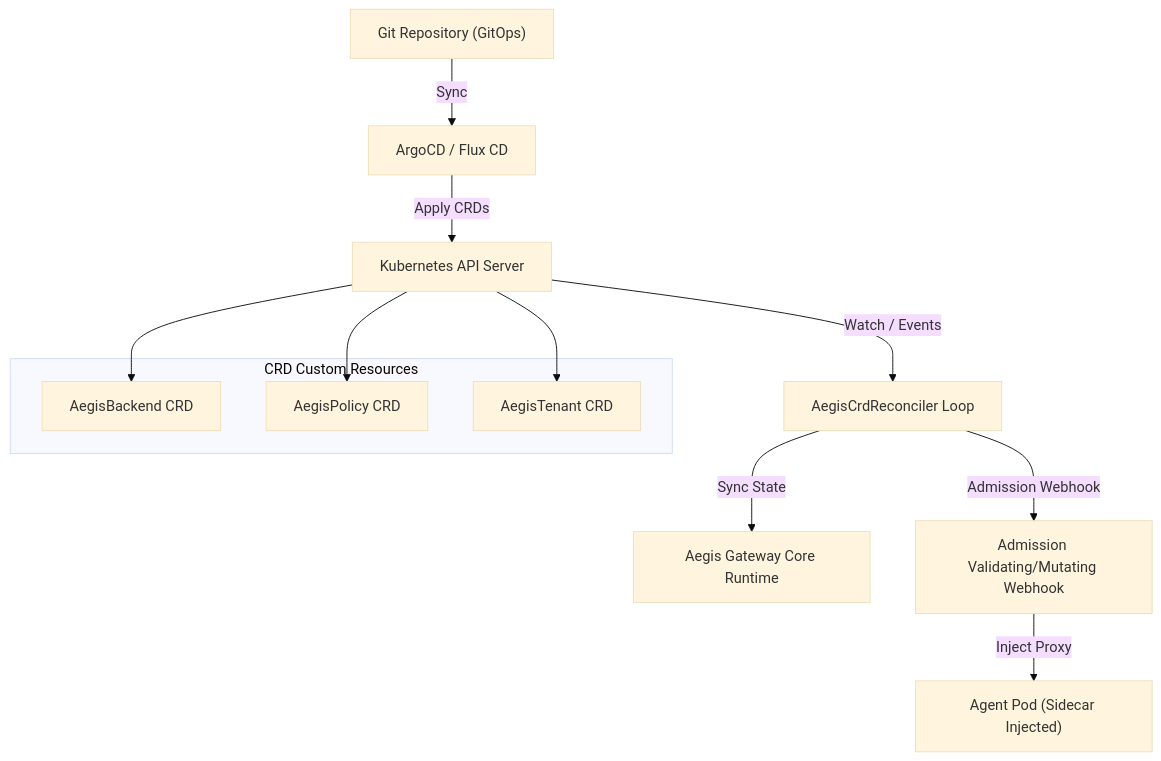
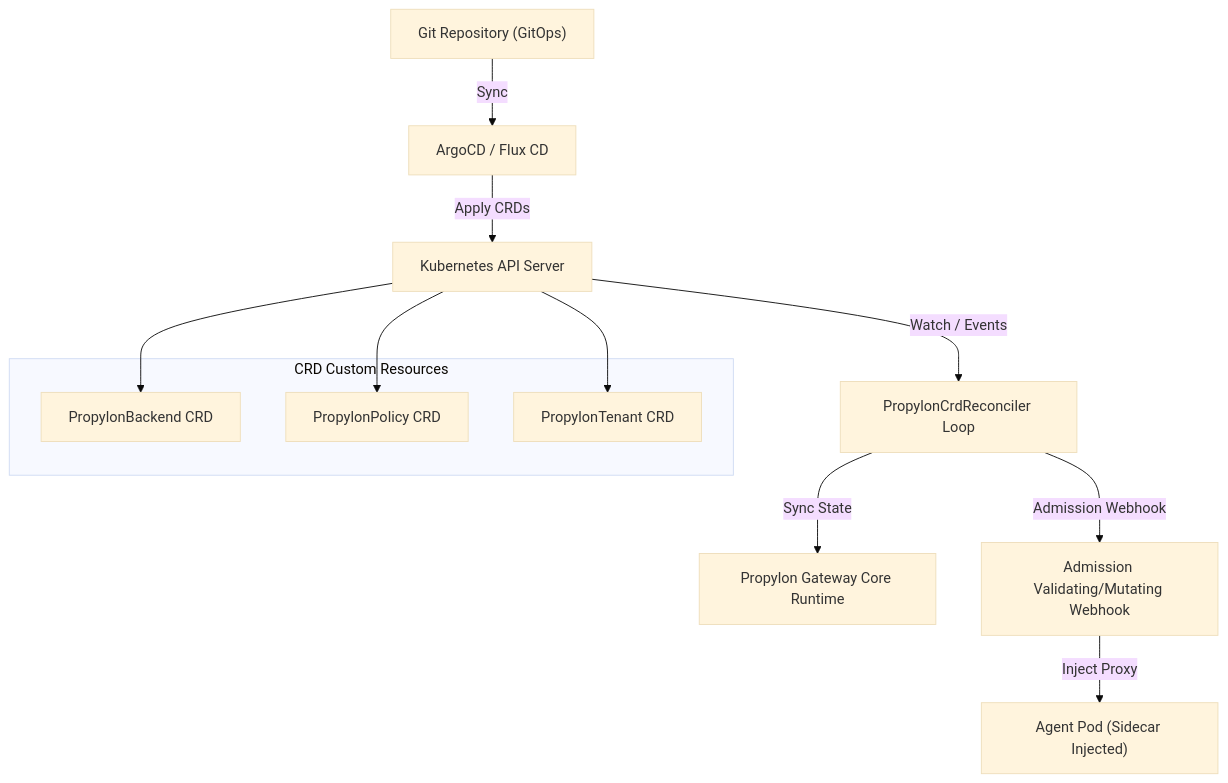
The diagram in docs/roadmap/25_PHASE_25_KUBERNETES_OPERATOR_AND_DECLARATIVE_CRD_ENGINE.md (ihkaru/aegis-gateway), drawn with Mermaid (base theme) before and after one commit. The commit also changed other lines of this file and 253 other files, not shown here.

Commit message:
chore(rebrand): rename project from aegis to propylon across entire codebase

````diff
--- a/docs/roadmap/25_PHASE_25_KUBERNETES_OPERATOR_AND_DECLARATIVE_CRD_ENGINE.md
+++ b/docs/roadmap/25_PHASE_25_KUBERNETES_OPERATOR_AND_DECLARATIVE_CRD_ENGINE.md
@@ -23,20 +23,20 @@
 ```mermaid
 flowchart TD
     Git["Git Repository (GitOps)"] -->|Sync| Argo["ArgoCD / Flux CD"]
     Argo -->|Apply CRDs| K8sAPI["Kubernetes API Server"]
-    K8sAPI -->|Watch / Events| Reconciler["AegisCrdReconciler Loop"]
+    K8sAPI -->|Watch / Events| Reconciler["PropylonCrdReconciler Loop"]
     
     subgraph CRD Custom Resources
-        B_CRD["AegisBackend CRD"]
-        P_CRD["AegisPolicy CRD"]
-        T_CRD["AegisTenant CRD"]
+        B_CRD["PropylonBackend CRD"]
+        P_CRD["PropylonPolicy CRD"]
+        T_CRD["PropylonTenant CRD"]
     end
     
     K8sAPI --> B_CRD
     K8sAPI --> P_CRD
     K8sAPI --> T_CRD
     
-    Reconciler -->|Sync State| Runtime["Aegis Gateway Core Runtime"]
+    Reconciler -->|Sync State| Runtime["Propylon Gateway Core Runtime"]
     Reconciler -->|Admission Webhook| Webhook["Admission Validating/Mutating Webhook"]
     Webhook -->|Inject Proxy| AgentPod["Agent Pod (Sidecar Injected)"]
 ```
````
